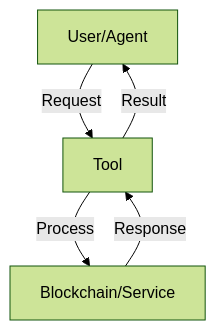
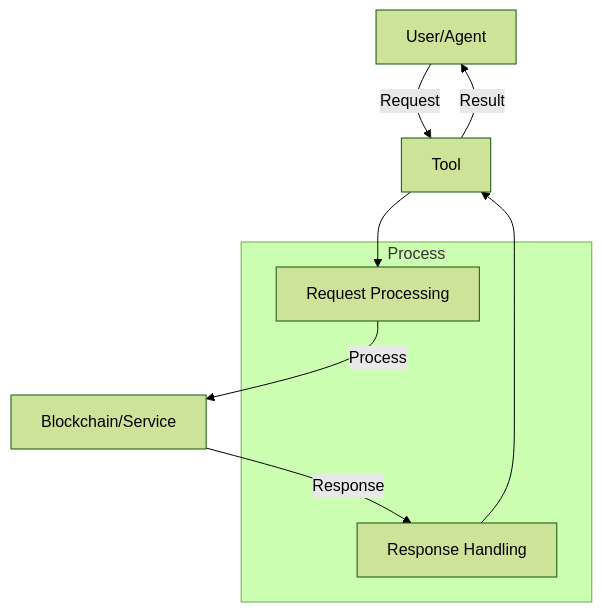
The diagram in templates/agent-tool-documentation.md (aibtcdev/aibtcdev-docs), drawn with Mermaid (forest theme) before and after one commit. The commit also changed 3 other files, not shown here.

Commit message:
style: update mermaid diagrams to use upfront node definitions and subgraphs

````diff
--- a/templates/agent-tool-documentation.md
+++ b/templates/agent-tool-documentation.md
@@ -37,7 +37,18 @@
 ```mermaid
 flowchart TD
-    A[User/Agent] -->|Request| B[Tool]
-    B -->|Process| C[Blockchain/Service]
-    C -->|Response| B
-    B -->|Result| A
+    A["User/Agent"]
+    B["Tool"]
+    C["Blockchain/Service"]
+    
+    subgraph Process
+        BA["Request Processing"]
+        BB["Response Handling"]
+    end
+    
+    A -->|"Request"| B
+    B --> BA
+    BA -->|"Process"| C
+    C -->|"Response"| BB
+    BB --> B
+    B -->|"Result"| A
 ```
````
